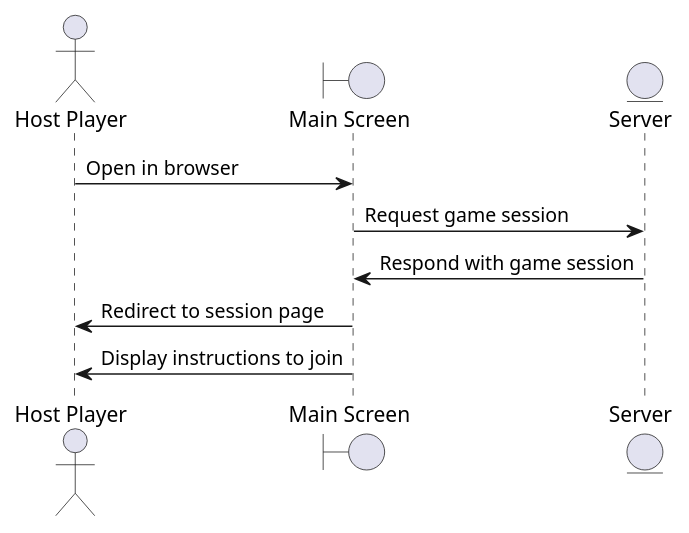
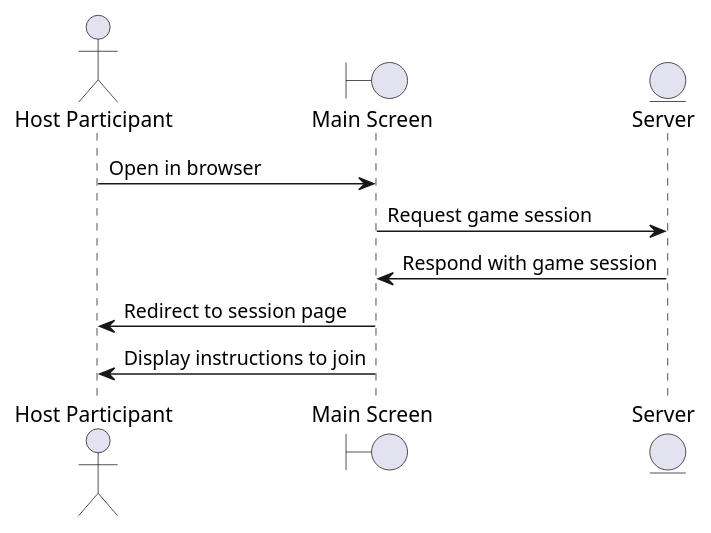
Before and after one commit to foxssake/dumber-dungeons: the first of 4 diagrams in docs/devdocs/17-connection-sequence.md, drawn with PlantUML. The commit also changed other lines of this file, not shown here.

````diff
--- a/docs/devdocs/17-connection-sequence.md
+++ b/docs/devdocs/17-connection-sequence.md
@@ -16,13 +16,13 @@
 ```puml
 
-actor "Host Player" as HP
+actor "Host Participant" as HP
 boundary "Main Screen" as MS
 entity "Server" as S
 
 HP -> MS: Open in browser
 MS -> S: Request game session
 S -> MS: Respond with game session
 MS -> HP: Redirect to session page
 MS -> HP: Display instructions to join
 
 ```
````
